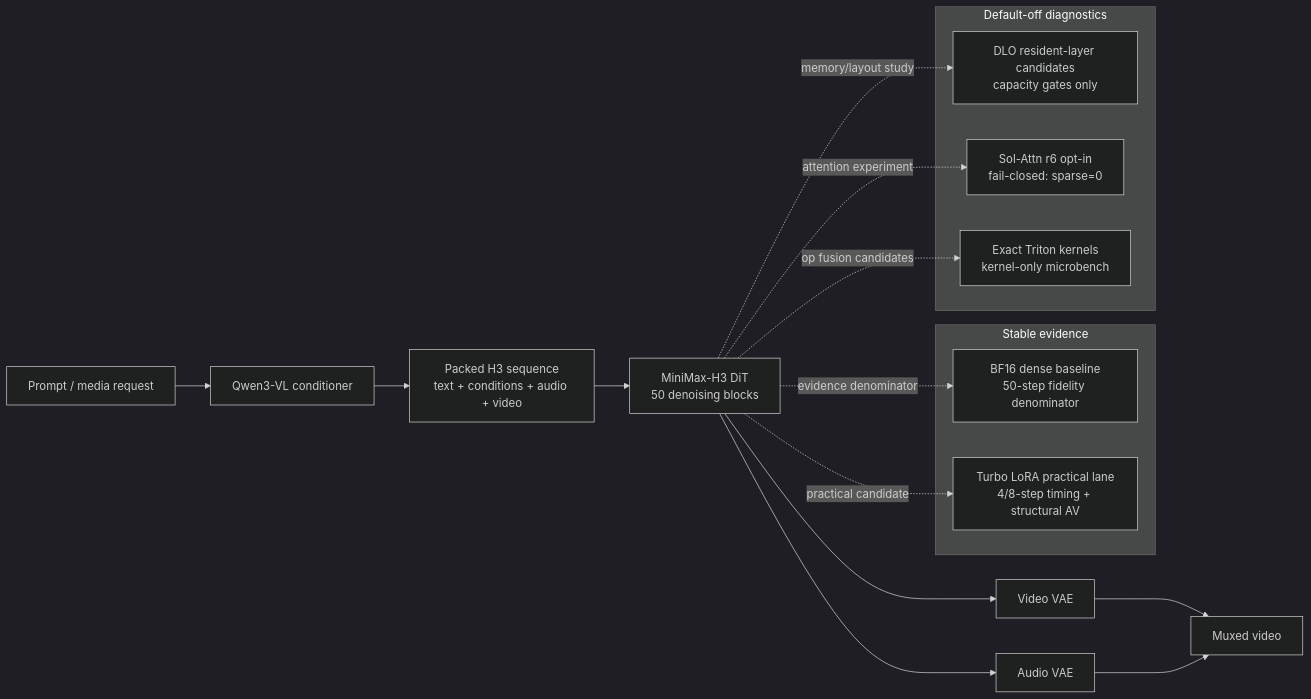
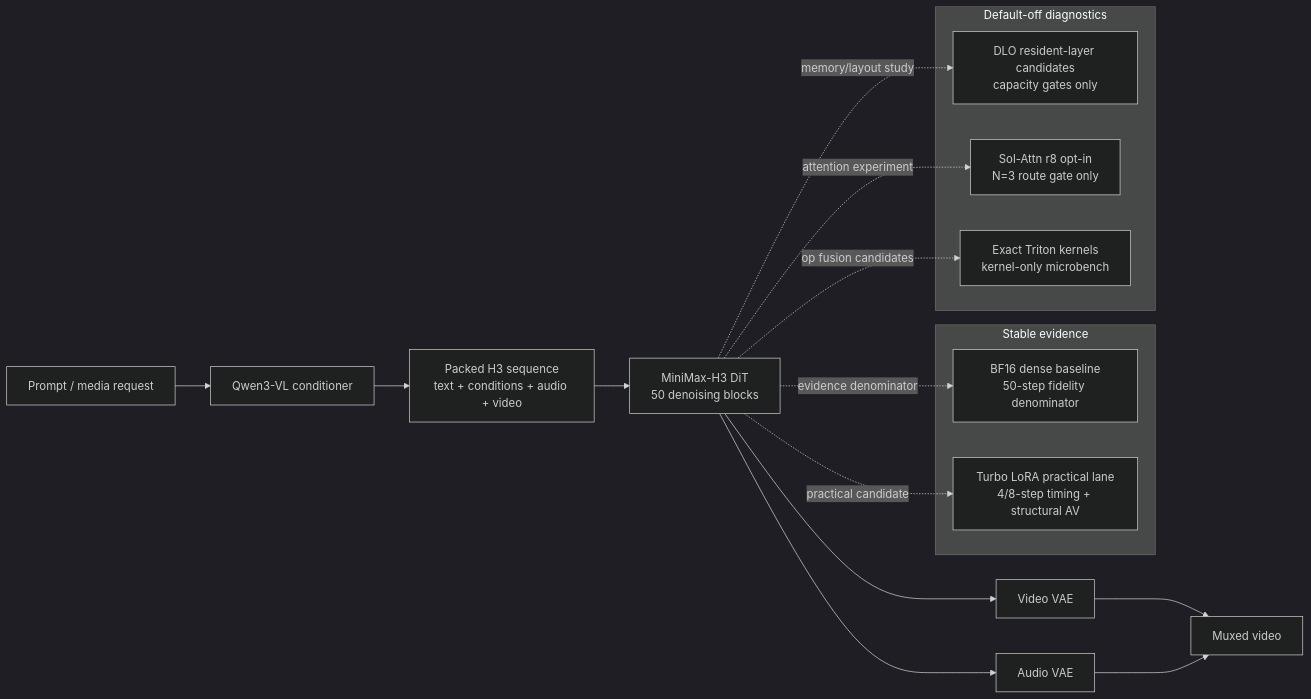
Before and after one commit to Argus-AiTeam/minimax-h3-desktop: the diagram in README.md, drawn with Mermaid (dark theme). The commit also changed other lines of this file and 29 other files, not shown here.

Commit message:
Sync audited r8 route-gate release tree

````diff
--- a/README.md
+++ b/README.md
@@ -33,34 +35,34 @@
 ```mermaid
 flowchart LR
     U[Prompt / media request] --> T[Qwen3-VL conditioner]
     T --> P[Packed H3 sequence
 text + conditions + audio + video]
     P --> D[MiniMax-H3 DiT
 50 denoising blocks]
     D --> V[Video VAE]
     D --> A[Audio VAE]
     V --> M[Muxed video]
     A --> M
 
     subgraph Stable[Stable evidence]
       B[BF16 dense baseline
 50-step fidelity denominator]
       TB[Turbo LoRA practical lane
 4/8-step timing + structural AV]
     end
 
     subgraph Diagnostics[Default-off diagnostics]
       DLO[DLO resident-layer candidates
 capacity gates only]
-      SOL[Sol-Attn r6 opt-in
-fail-closed: sparse=0]
+      SOL[Sol-Attn r8 opt-in
+N=3 route gate only]
       EX[Exact Triton kernels
 kernel-only microbench]
     end
 
     D -. evidence denominator .-> B
     D -. practical candidate .-> TB
     D -. memory/layout study .-> DLO
     D -. attention experiment .-> SOL
     D -. op fusion candidates .-> EX
 ```
````
